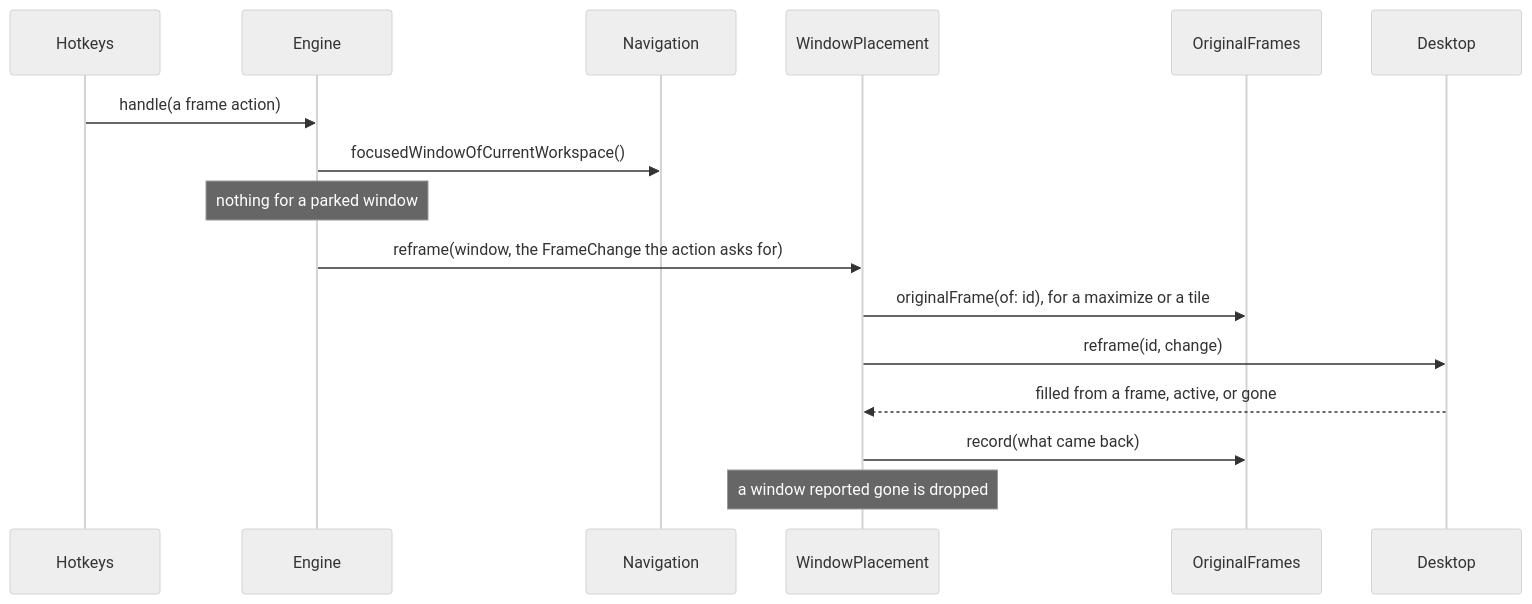
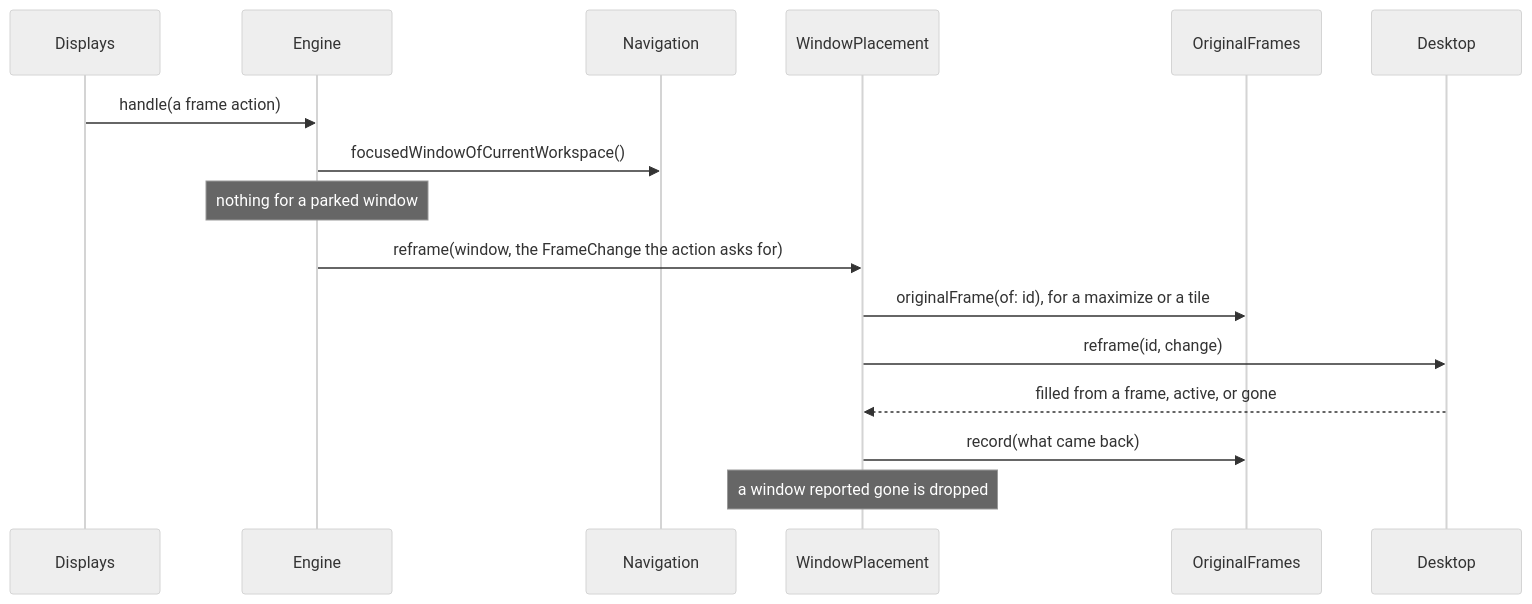
Before and after one commit to brennovich/ottowm: diagram 15 of 26 in ARCHITECTURE.md, drawn with Mermaid (neutral theme). The commit also changed other lines of this file and 1 other file, not shown here.

First line of the commit message:
Document one engine and one Pager per display

````diff
--- a/ARCHITECTURE.md
+++ b/ARCHITECTURE.md
@@ -321,12 +380,12 @@
 ```mermaid
 sequenceDiagram
-    Hotkeys->>Engine: handle(a frame action)
+    Displays->>Engine: handle(a frame action)
     Engine->>Navigation: focusedWindowOfCurrentWorkspace()
     Note over Engine: nothing for a parked window
     Engine->>WindowPlacement: reframe(window, the FrameChange the action asks for)
     WindowPlacement->>OriginalFrames: originalFrame(of: id), for a maximize or a tile
     WindowPlacement->>Desktop: reframe(id, change)
     Desktop-->>WindowPlacement: filled from a frame, active, or gone
     WindowPlacement->>OriginalFrames: record(what came back)
     Note over WindowPlacement: a window reported gone is dropped
 ```
````
